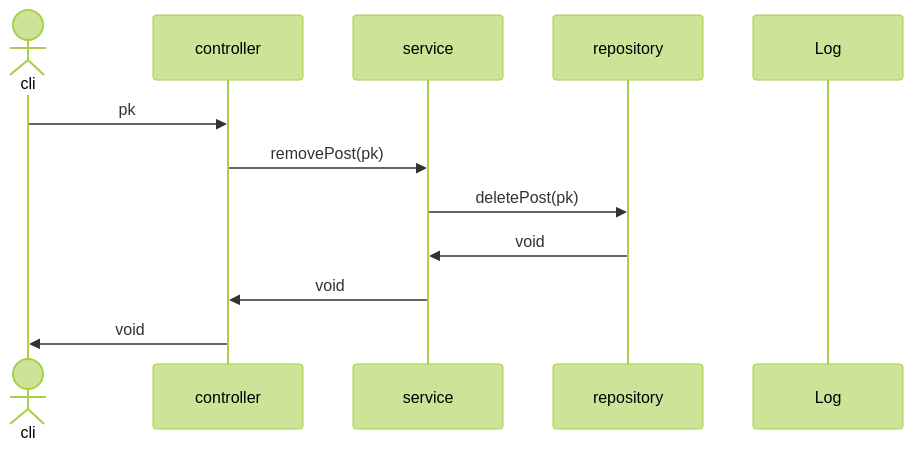
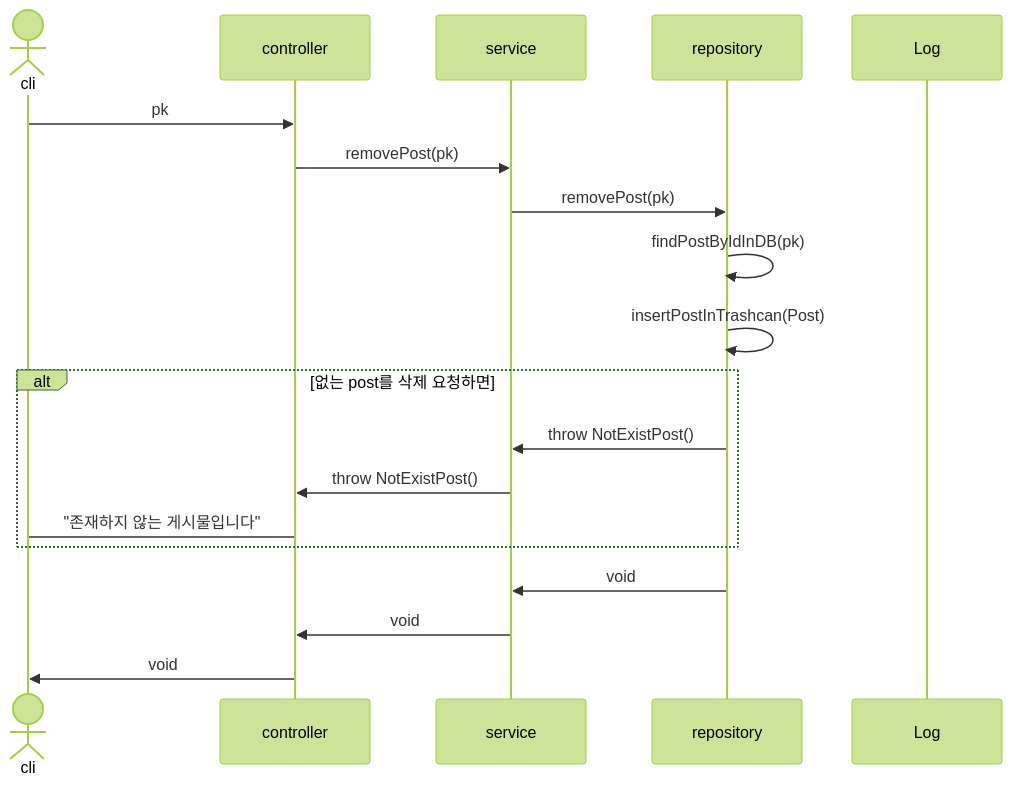
The third of 10 diagrams in sequenceDiagram.md (mtak0235/snsX), drawn with Mermaid (forest theme) before and after one commit. The commit also changed other lines of this file and 2 other files, not shown here.

````diff
--- a/sequenceDiagram.md
+++ b/sequenceDiagram.md
@@ -48,15 +74,22 @@
 ```mermaid
 sequenceDiagram
 actor cli
 participant c as controller
 participant s as service
 participant r as repository
 participant l as Log
 
 cli->>c: pk
 c->>s: removePost(pk)
-s->>r: deletePost(pk)
+s->>r: removePost(pk)
+r->>r: findPostByIdInDB(pk)
+r->>r: insertPostInTrashcan(Post)
+alt 없는 post를 삭제 요청하면
+r->>s: throw NotExistPost()
+s->>c: throw NotExistPost()
+c->cli: "존재하지 않는 게시물입니다"
+end
 r->>s: void
 s->>c: void
 c->>cli: void
 ```
````
